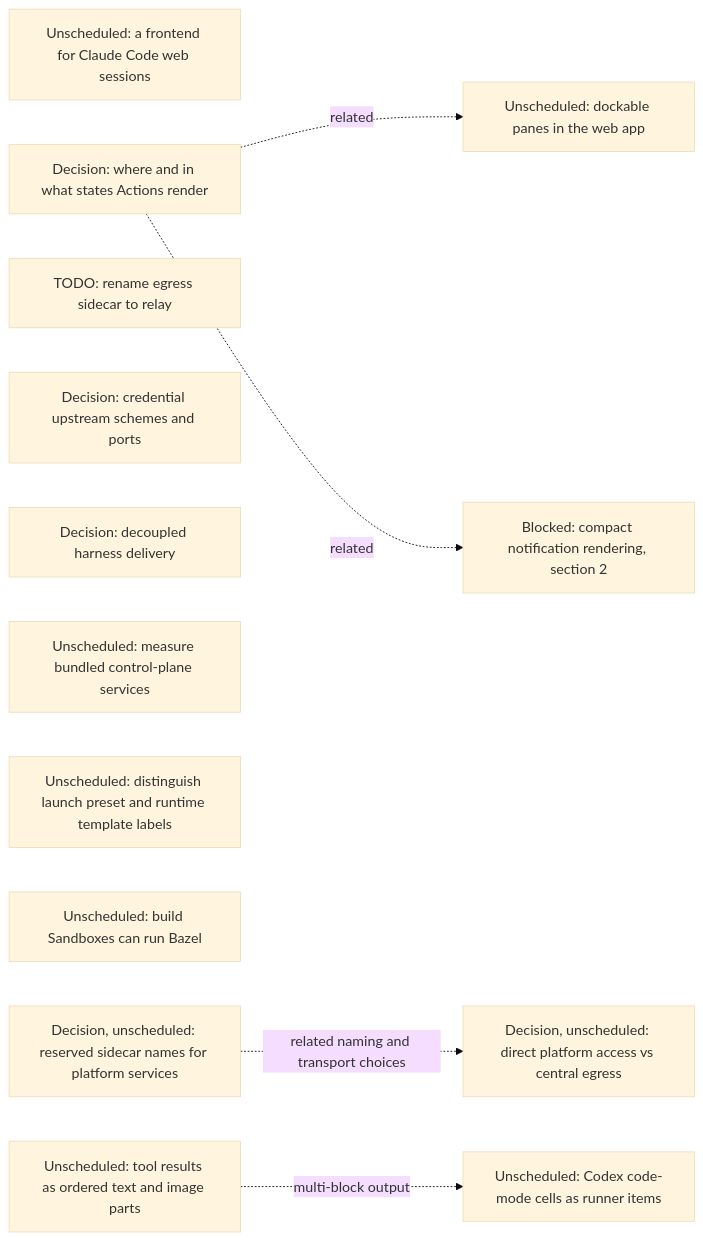
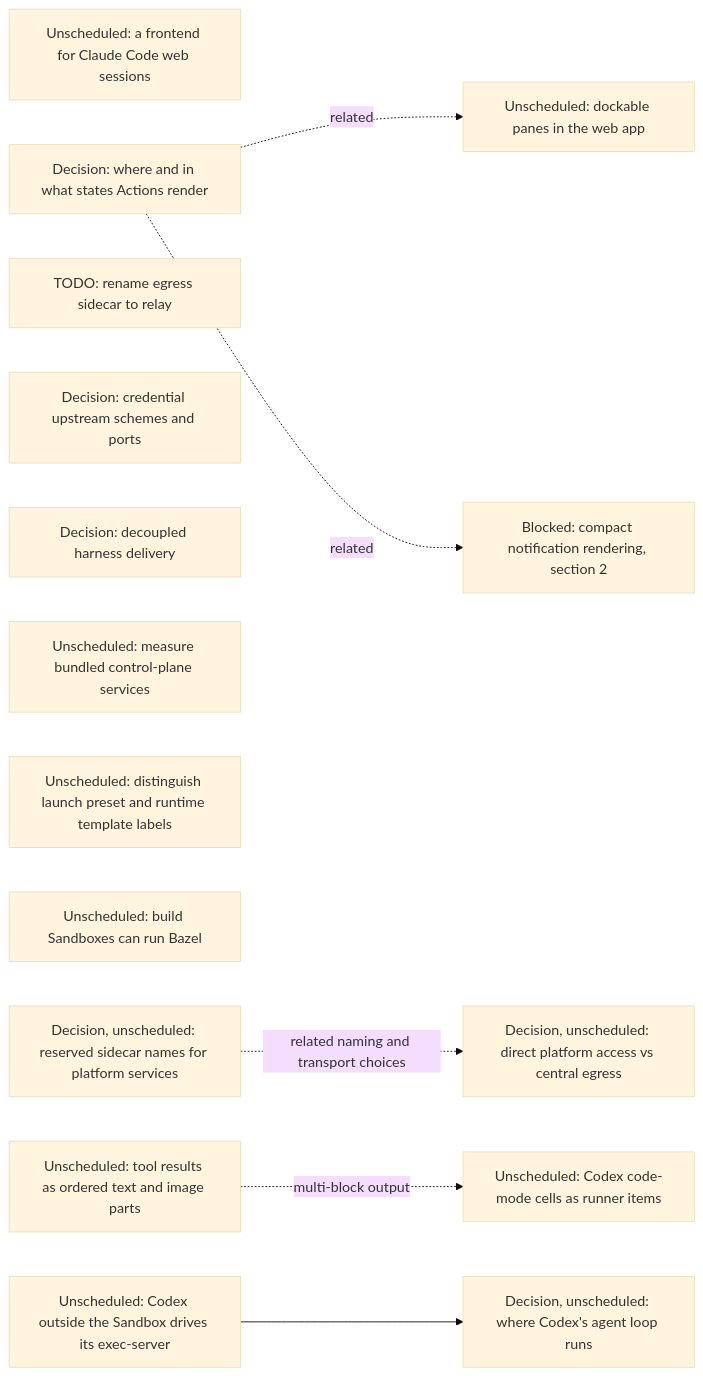
One commit to agentydragon-agent/ducktape changed the eighth of 19 diagrams in agentplane/plans/task_dag.md. Above: the diagram before and after it, drawn with Mermaid (base theme). The commit also changed other lines of this file and 3 other files, not shown here.

````diff
--- a/agentplane/plans/task_dag.md
+++ b/agentplane/plans/task_dag.md
@@ -589,20 +589,22 @@
 ```mermaid
 flowchart LR
     CLAUDE_CODE_WEB_BRIDGE[Unscheduled: a frontend for Claude Code web sessions]
     ACTION_SURFACES_DESIGN[Decision: where and in what states Actions render]
     EGRESS_RELAY_RENAME[TODO: rename egress sidecar to relay]
     EGRESS_CREDENTIAL_TRANSPORT_DESIGN[Decision: credential upstream schemes and ports]
     RUNNER_HARNESS_DELIVERY_DESIGN[Decision: decoupled harness delivery]
     K3S_BUNDLED_SERVICES_SPIKE[Unscheduled: measure bundled control-plane services]
     DOCKABLE_PANES[Unscheduled: dockable panes in the web app]
     ACTION_SURFACES_DESIGN -. related .-> DOCKABLE_PANES
     NOTIFICATION_PRESENTATION[Blocked: compact notification rendering, section 2]
     ACTION_SURFACES_DESIGN -. related .-> NOTIFICATION_PRESENTATION
     SANDBOX_FORM_TERMINOLOGY[Unscheduled: distinguish launch preset and runtime template labels]
     BUILD_BOX_BAZEL[Unscheduled: build Sandboxes can run Bazel]
     PLATFORM_SERVICE_NAMES_DESIGN[Decision, unscheduled: reserved sidecar names for platform services]
     PLATFORM_SERVICE_ROUTING_DESIGN[Decision, unscheduled: direct platform access vs central egress]
     PLATFORM_SERVICE_NAMES_DESIGN -. related naming and transport choices .-> PLATFORM_SERVICE_ROUTING_DESIGN
     STRUCTURED_TOOL_OUTPUT[Unscheduled: tool results as ordered text and image parts]
     STRUCTURED_TOOL_OUTPUT -. multi-block output .-> CODEX_CODE_MODE_CELLS[Unscheduled: Codex code-mode cells as runner items]
+    CENTRAL_CODEX_SPIKE[Unscheduled: Codex outside the Sandbox drives its exec-server]
+    CENTRAL_CODEX_SPIKE --> HARNESS_PLACEMENT_DESIGN[Decision, unscheduled: where Codex's agent loop runs]
 ```
````
